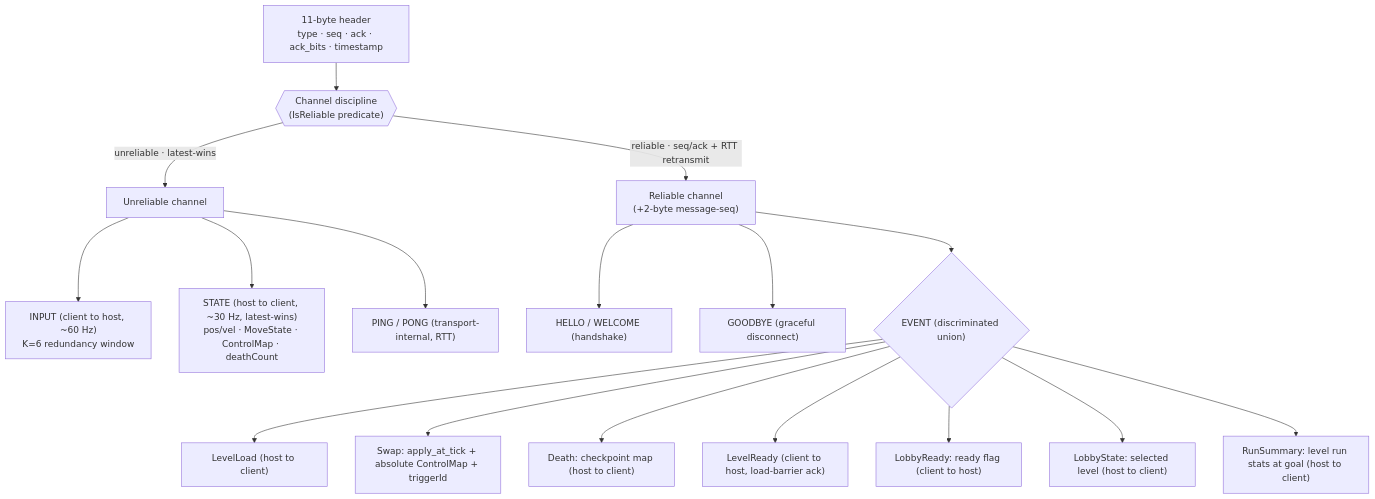
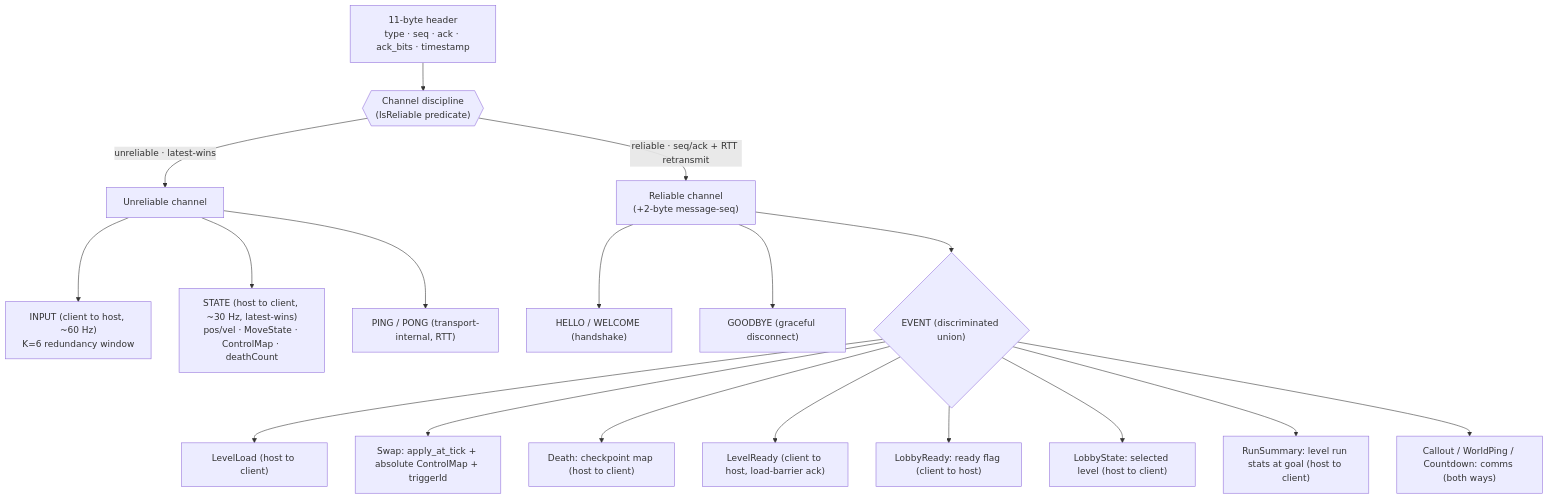
One commit to kajuyerim/jump-now-bro changed the second of 10 diagrams in docs/networking.md. Above: the diagram before and after it, drawn with Mermaid. The commit also changed other lines of this file and 1 other file, not shown here.

Commit message:
docs(comms): controls table, status and protocol v5 notes (closes #154, closes #131)

````diff
--- a/docs/networking.md
+++ b/docs/networking.md
@@ -51,20 +51,21 @@
 ```mermaid
 flowchart TB
   H["11-byte header<br/>type · seq · ack · ack_bits · timestamp"]
   H --> U{{"Channel discipline<br/>(IsReliable predicate)"}}
   U -->|"unreliable · latest-wins"| UN["Unreliable channel"]
   U -->|"reliable · seq/ack + RTT retransmit"| RE["Reliable channel<br/>(+2-byte message-seq)"]
   UN --> INP["INPUT (client to host, ~60 Hz)<br/>K=6 redundancy window"]
   UN --> ST["STATE (host to client, ~30 Hz, latest-wins)<br/>pos/vel · MoveState · ControlMap · deathCount"]
   UN --> PP["PING / PONG (transport-internal, RTT)"]
   RE --> HS["HELLO / WELCOME (handshake)"]
   RE --> GB["GOODBYE (graceful disconnect)"]
   RE --> EV{"EVENT (discriminated union)"}
   EV --> EL["LevelLoad (host to client)"]
   EV --> ESW["Swap: apply_at_tick + absolute ControlMap + triggerId"]
   EV --> EDE["Death: checkpoint map (host to client)"]
   EV --> ELR["LevelReady (client to host, load-barrier ack)"]
   EV --> ELB["LobbyReady: ready flag (client to host)"]
   EV --> ELS["LobbyState: selected level (host to client)"]
   EV --> ERS["RunSummary: level run stats at goal (host to client)"]
+  EV --> ECO["Callout / WorldPing / Countdown: comms (both ways)"]
 ```
````
